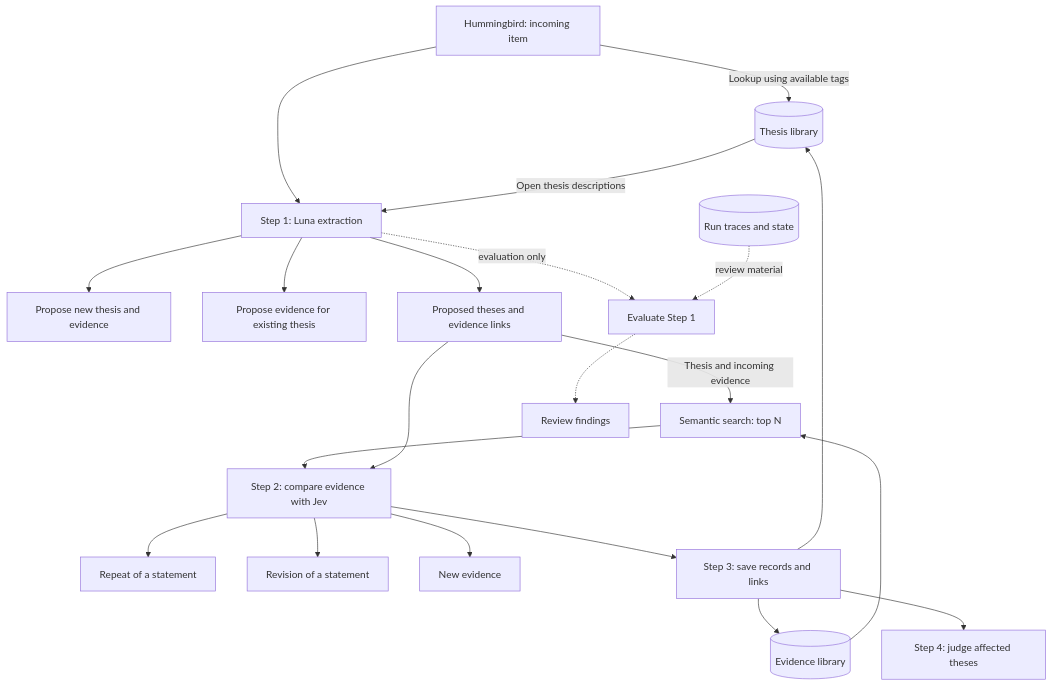
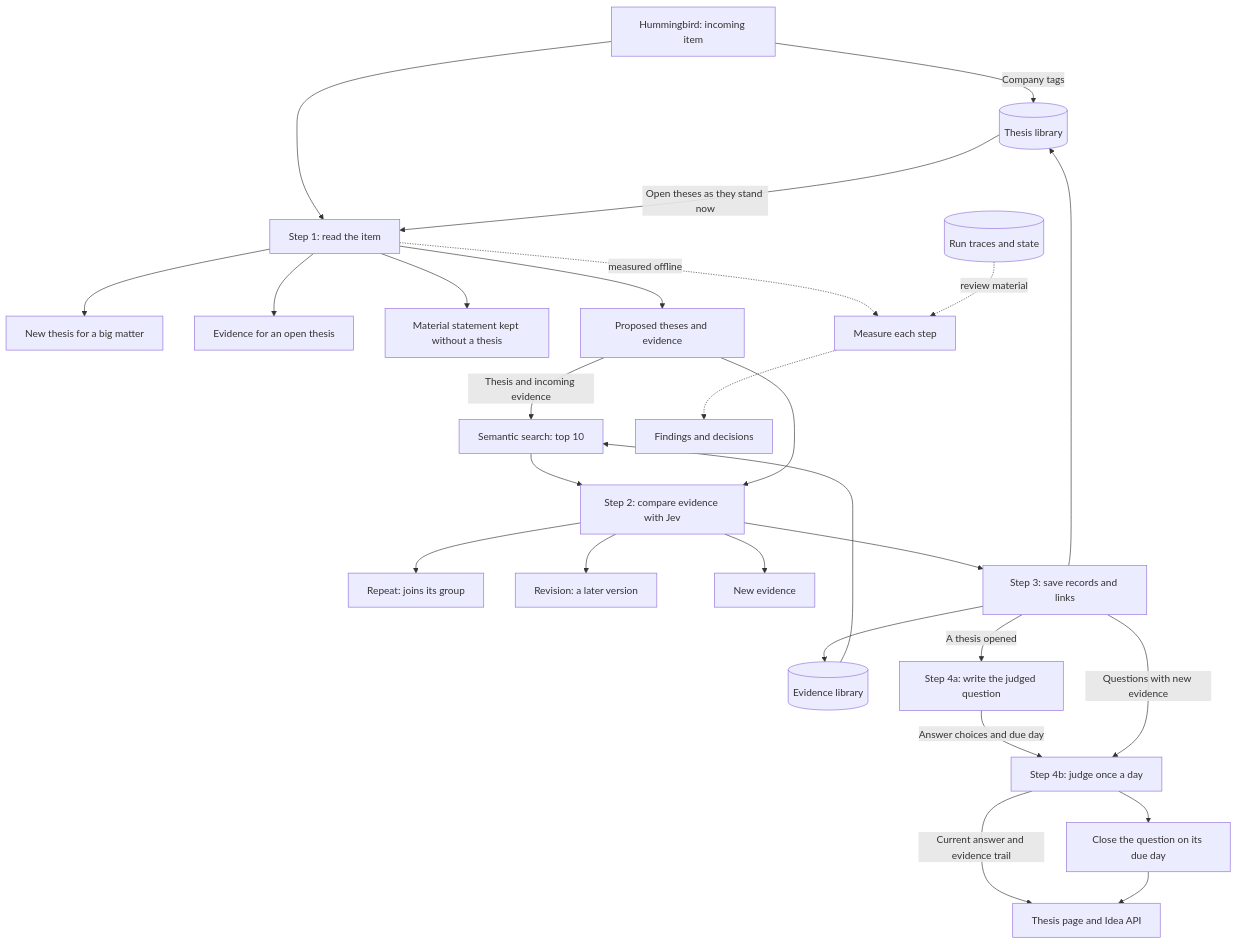
Before and after one commit to Advent-AI/hivemind: the diagram in clean-arch/PRD.md, drawn with Mermaid. The commit also changed other lines of this file and 4460 other files, not shown here.

````diff
--- a/clean-arch/PRD.md
+++ b/clean-arch/PRD.md
@@ -17,23 +173,29 @@
 ```mermaid
 flowchart TD
-    H[Hummingbird: incoming item] -->|Lookup using available tags| T[(Thesis library)]
-    H --> X[Step 1: Luna extraction]
-    T[(Thesis library)] -->|Open thesis descriptions| X
-    X --> N[Propose new thesis and evidence]
-    X --> O[Propose evidence for existing thesis]
-    X --> P[Proposed theses and evidence links]
-    P -->|Thesis and incoming evidence| S[Semantic search: top N]
+    H[Hummingbird: incoming item] -->|Company tags| T[(Thesis library)]
+    H --> X[Step 1: read the item]
+    T[(Thesis library)] -->|Open theses as they stand now| X
+    X --> N[New thesis for a big matter]
+    X --> O[Evidence for an open thesis]
+    X --> M[Material statement kept without a thesis]
+    X --> P[Proposed theses and evidence]
+    P -->|Thesis and incoming evidence| S[Semantic search: top 10]
     D[(Evidence library)] --> S
     S --> C[Step 2: compare evidence with Jev]
     P --> C
-    C --> B[Repeat of a statement]
-    C --> U[Revision of a statement]
+    C --> B[Repeat: joins its group]
+    C --> U[Revision: a later version]
     C --> K[New evidence]
     C --> W[Step 3: save records and links]
     W --> T
     W --> D
-    W --> J[Step 4: judge affected theses]
-    X -. evaluation only .-> V[Evaluate Step 1]
+    W -->|A thesis opened| L[Step 4a: write the judged question]
+    L -->|Answer choices and due day| J[Step 4b: judge once a day]
+    W -->|Questions with new evidence| J
+    J --> Z[Close the question on its due day]
+    J -->|Current answer and evidence trail| Q[Thesis page and Idea API]
+    Z --> Q
+    X -. measured offline .-> V[Measure each step]
     G[(Run traces and state)] -. review material .-> V
-    V -.-> R[Review findings]
+    V -.-> R[Findings and decisions]
 ```
````
